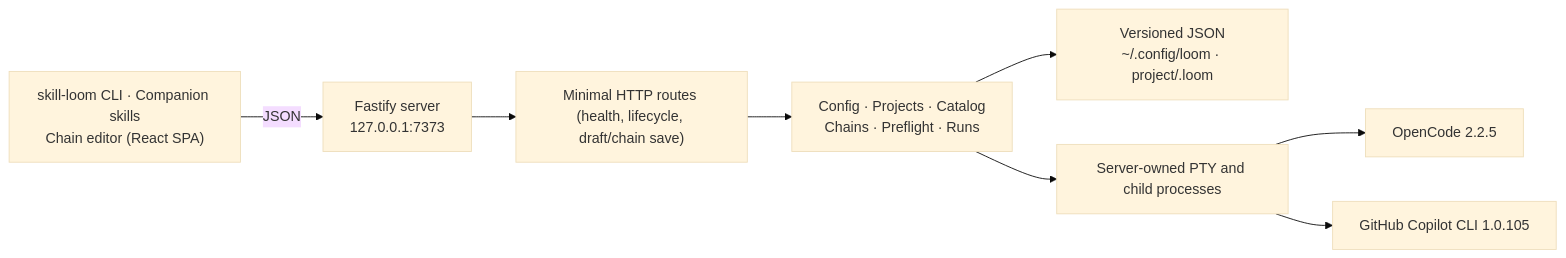
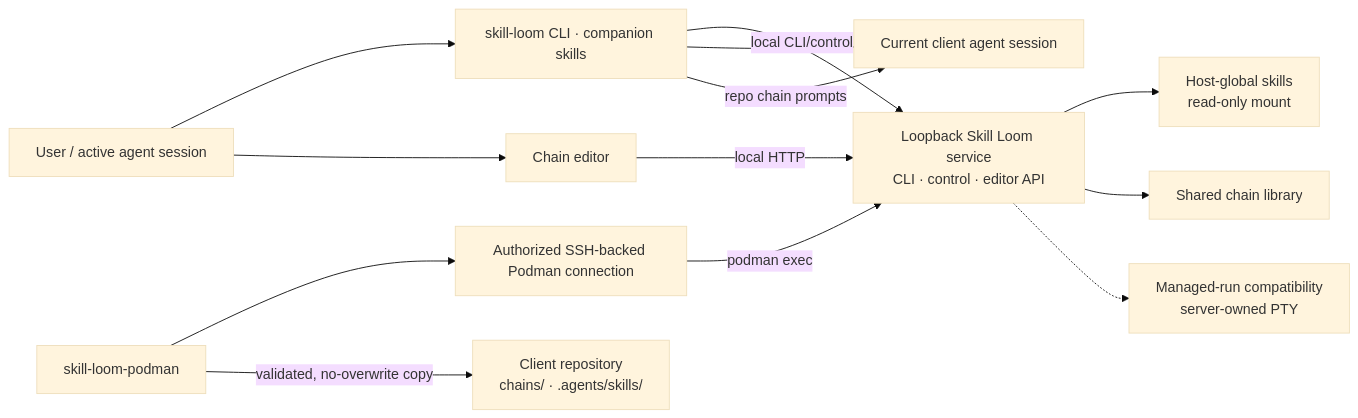
The diagram in README.md (McFuzzySquirrel/skill-loom), drawn with Mermaid (base theme) before and after one commit. The commit also changed other lines of this file and 31 other files, not shown here.

````diff
--- a/README.md
+++ b/README.md
@@ -108,19 +108,27 @@
 ```mermaid
 flowchart LR
-  Browser["skill-loom CLI · Companion skills<br/>Chain editor (React SPA)"]
-  API["Fastify server<br/>127.0.0.1:7373"]
-  Routes["Minimal HTTP routes (health, lifecycle, draft/chain save)"]
-  Services["Config · Projects · Catalog<br/>Chains · Preflight · Runs"]
-  Store["Versioned JSON<br/>~/.config/loom · project/.loom"]
-  PTY["Server-owned PTY and child processes"]
-  OpenCode["OpenCode 2.2.5"]
-  Copilot["GitHub Copilot CLI 1.0.105"]
+  User["User / active agent session"]
+  Local["skill-loom CLI · companion skills"]
+  Editor["Chain editor"]
+  Bridge["skill-loom-podman"]
+  SSH["Authorized SSH-backed Podman connection"]
+  App["Loopback Skill Loom service<br/>CLI · control · editor API"]
+  Catalog["Host-global skills<br/>read-only mount"]
+  Library["Shared chain library"]
+  Repo["Client repository<br/>chains/ · .agents/skills/"]
+  Agent["Current client agent session"]
+  Compatibility["Managed-run compatibility<br/>server-owned PTY"]
 
-  Browser -->|"JSON"| API
-  API --> Routes
-  Routes --> Services
-  Services --> Store
-  Services --> PTY
-  PTY --> OpenCode
-  PTY --> Copilot
+  User --> Local
+  User --> Editor
+  Local -->|"local CLI/control"| App
+  Editor -->|"local HTTP"| App
+  Local --> Agent
+  Bridge --> SSH
+  SSH -->|"podman exec"| App
+  App --> Catalog
+  App --> Library
+  Bridge -->|"validated, no-overwrite copy"| Repo
+  Local -->|"repo chain prompts"| Agent
+  App -.-> Compatibility
 ```
````
